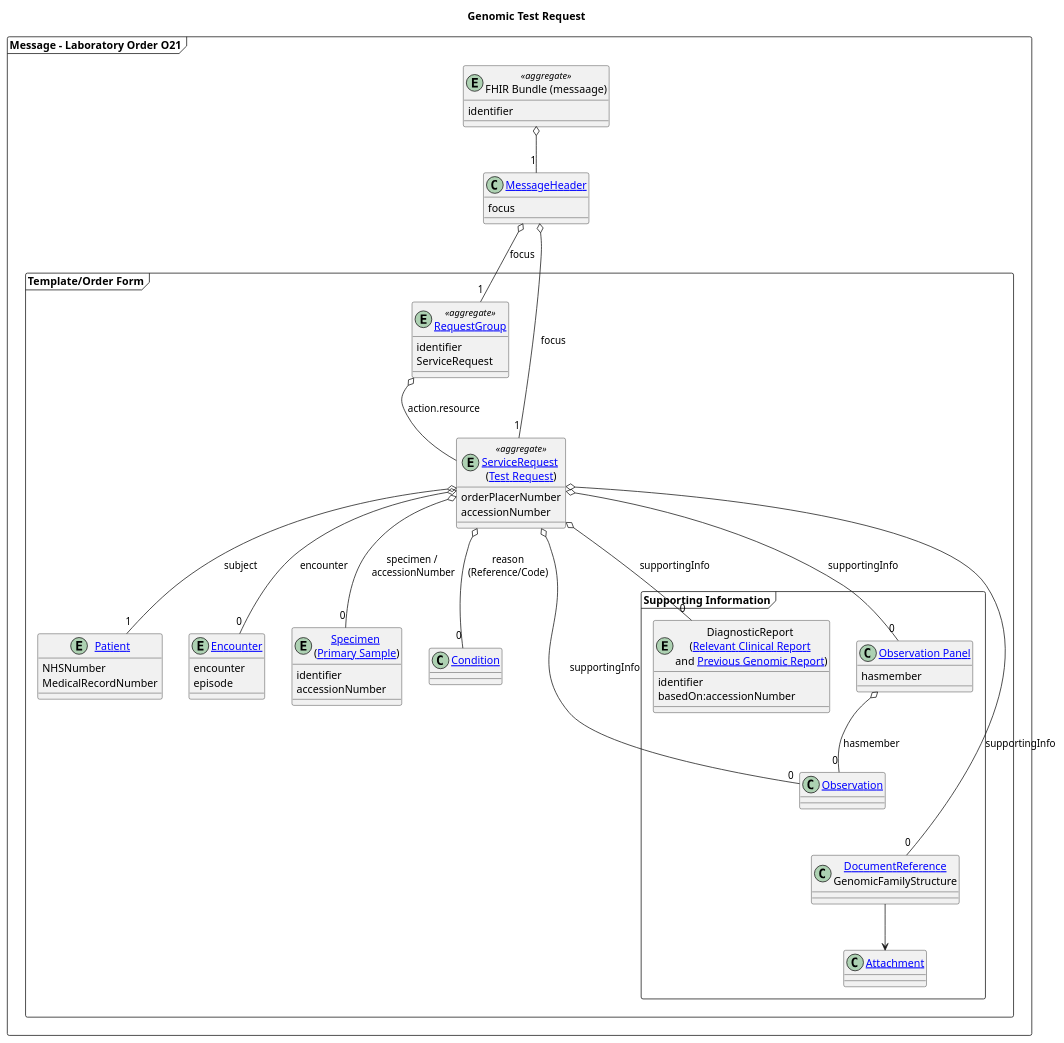
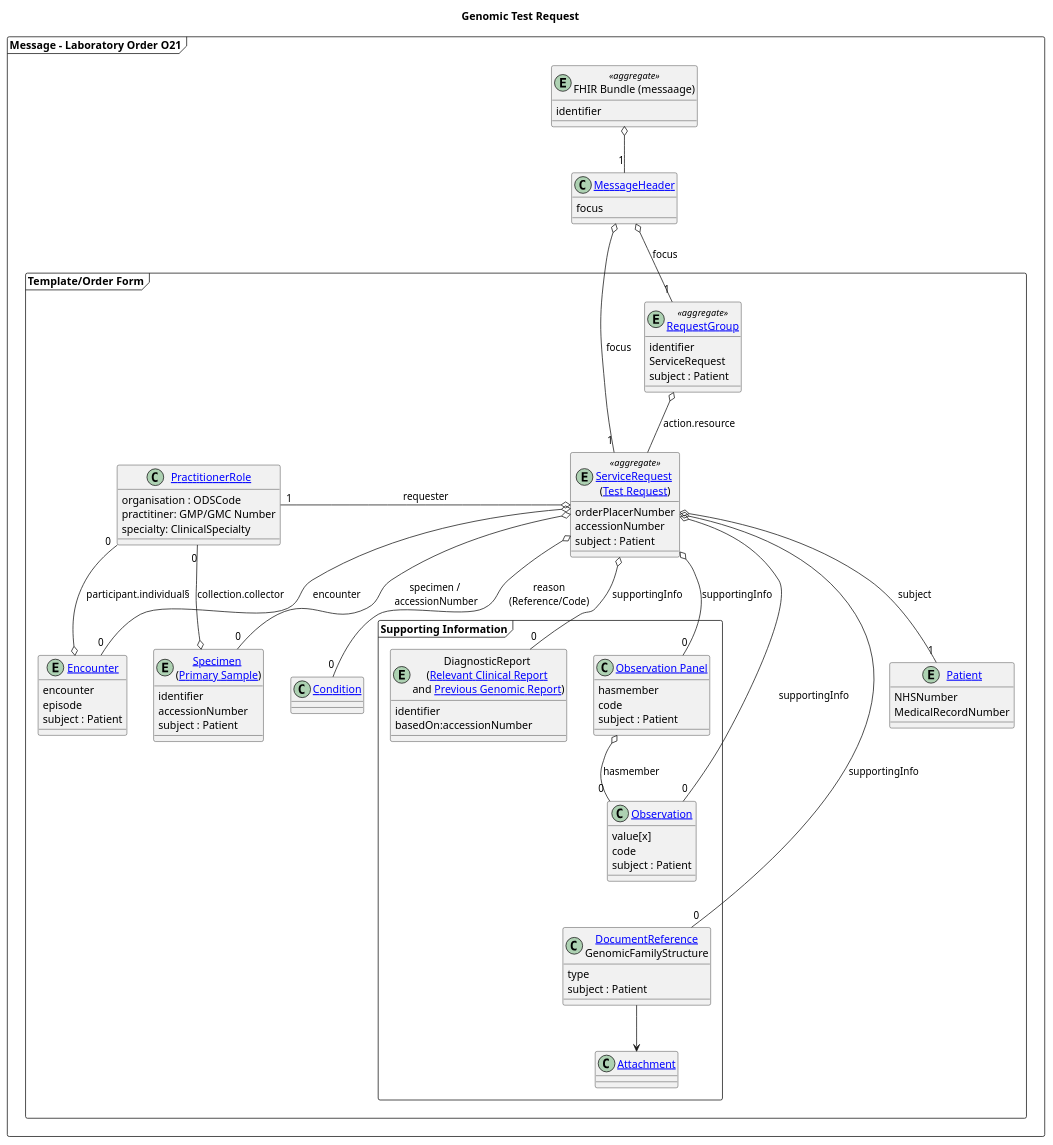
Before and after one commit to nw-gmsa/nw-gmsa.github.com: the diagram in input/images-source/orders-model.plantuml, drawn with PlantUML. The commit also changed 1 other file, not shown here.

Commit message:
Data Type tidy

```diff
--- a/input/images-source/orders-model.plantuml
+++ b/input/images-source/orders-model.plantuml
@@ -1,92 +1,110 @@
-@startuml
+  @startuml
 
-skinparam svgDimensionStyle false
+  skinparam svgDimensionStyle false
 
-title "Genomic Test Request"
+  title "Genomic Test Request"
 
-frame "Message - Laboratory Order O21" as Message {
-entity "FHIR Bundle (messaage)" as oml <<aggregate>> {
-identifier
-}
+  frame "Message - Laboratory Order O21" as Message {
+  entity "FHIR Bundle (messaage)" as oml <<aggregate>> {
+  identifier
+  }
 
-class "[[StructureDefinition-MessageHeader.html MessageHeader]]" as MSH {
- focus
-}
+  class "[[StructureDefinition-MessageHeader.html MessageHeader]]" as MSH {
+   focus
+  }
 
-  frame "Template/Order Form" as Composition {
-    entity "[[StructureDefinition-Patient.html Patient]]" as PID {
-    NHSNumber
-    MedicalRecordNumber
-    }
+    frame "Template/Order Form" as Composition {
+      entity "[[StructureDefinition-Patient.html Patient]]" as PID {
+      NHSNumber
+      MedicalRecordNumber
+      }
 
-    entity "[[StructureDefinition-Encounter.html Encounter]]" as PV1 {
-    encounter
-    episode
-    }
+      entity "[[StructureDefinition-Encounter.html Encounter]]" as PV1 {
+      encounter
+      episode
+      subject : Patient
+      }
 
-    entity "[[StructureDefinition-RequestGroup.html RequestGroup]]" as RequestGroup <<aggregate>> {
-    identifier
-    ServiceRequest
-    }
+      entity "[[StructureDefinition-RequestGroup.html RequestGroup]]" as RequestGroup <<aggregate>> {
+      identifier
+      ServiceRequest
+      subject : Patient
+      }
 
-    entity "[[StructureDefinition-ServiceRequest.html ServiceRequest]] \n([[https://simplifier.net/guide/fhir-genomics-implementation-guide/Home/Design/Clinicalheadings#Test-Request Test Request]])" as ORC <<aggregate>> {
-    orderPlacerNumber
-    accessionNumber
-    }
+      entity "[[StructureDefinition-ServiceRequest.html ServiceRequest]] \n([[https://simplifier.net/guide/fhir-genomics-implementation-guide/Home/Design/Clinicalheadings#Test-Request Test Request]])" as ORC <<aggregate>> {
+      orderPlacerNumber
+      accessionNumber
+      subject : Patient
+      }
 
-    entity "[[StructureDefinition-Specimen.html Specimen]] \n([[https://simplifier.net/guide/fhir-genomics-implementation-guide/Home/Design/Clinicalheadings#Primary-Sample Primary Sample]])" as SPM {
-    identifier
-    accessionNumber
-    }
+      entity "[[StructureDefinition-Specimen.html Specimen]] \n([[https://simplifier.net/guide/fhir-genomics-implementation-guide/Home/Design/Clinicalheadings#Primary-Sample Primary Sample]])" as SPM {
+      identifier
+      accessionNumber
+      subject : Patient
+      }
 
-    class "[[StructureDefinition-Condition.html Condition]]" as DG1
+      class "[[StructureDefinition-Condition.html Condition]]" as DG1
 
+      class "[[StructureDefinition-PractitionerRole.html PractitionerRole]]" as STF {
+       organisation : ODSCode
+       practitiner: GMP/GMC Number
+       specialty: ClinicalSpecialty
+      }
 
-    frame "Supporting Information" as supportingInfo {
+      frame "Supporting Information" as supportingInfo {
 
-    entity "DiagnosticReport \n([[https://simplifier.net/guide/fhir-genomics-implementation-guide/Home/Design/Clinicalheadings#Relevant-Clinical-Report Relevant Clinical Report]] \nand [[https://simplifier.net/guide/fhir-genomics-implementation-guide/Home/Design/Clinicalheadings#Previous-Genomic-Report Previous Genomic Report]])" as OBX {
-      identifier
-      basedOn:accessionNumber
-    }
-
-
-      class "[[StructureDefinition-Observation.html Observation]]" as OBX1 {
+      entity "DiagnosticReport \n([[https://simplifier.net/guide/fhir-genomics-implementation-guide/Home/Design/Clinicalheadings#Relevant-Clinical-Report Relevant Clinical Report]] \nand [[https://simplifier.net/guide/fhir-genomics-implementation-guide/Home/Design/Clinicalheadings#Previous-Genomic-Report Previous Genomic Report]])" as OBX {
+        identifier
+        basedOn:accessionNumber
       }
 
 
-      class "[[StructureDefinition-Observation-Panel.html Observation Panel]]" as panel {
-      hasmember
-      }
+        class "[[StructureDefinition-Observation.html Observation]]" as OBX1 {
+        value[x]
+        code
+        subject : Patient
+        }
 
-      class "[[StructureDefinition-DocumentReference.html DocumentReference]]\nGenomicFamilyStructure" as family {
+
+        class "[[StructureDefinition-Observation-Panel.html Observation Panel]]" as panel {
+        hasmember
+        code
+        subject : Patient
+        }
+
+        class "[[StructureDefinition-DocumentReference.html DocumentReference]]\nGenomicFamilyStructure" as family {
+           type
+           subject : Patient
+        }
+
+        class "[[StructureDefinition-Attachment.html Attachment]]" as OBX2
 
       }
 
-      class "[[StructureDefinition-Attachment.html Attachment]]" as OBX2
+      family -d-> OBX2
 
-    }
+      panel o-d- "0" OBX1: hasmember
 
-    family -d-> OBX2
+      OBX1 -d[hidden]- family
 
-    panel o-d- "0" OBX1: hasmember
+   }
+  }
 
-    OBX1 -d[hidden]- family
-
- }
-}
-
-oml o-d- "1" MSH
-MSH o-d- "1" ORC: focus
-MSH o-d- "1" RequestGroup: focus
-RequestGroup o-d- ORC: action.resource
-ORC o-- "0" SPM : specimen /\n accessionNumber
-ORC o-- "1" PID : subject
-ORC o-- "0" PV1 : encounter
-ORC o-- "0" DG1 : reason\n(Reference/Code)
-ORC o-- "0" OBX: supportingInfo
-ORC o-- "0" OBX1: supportingInfo
-ORC o-- "0" panel: supportingInfo
-ORC o-- "0" family: supportingInfo
+  oml o-d- "1" MSH
+  MSH o-d- "1" ORC: focus
+  MSH o-d- "1" RequestGroup: focus
+  RequestGroup o-d- ORC: action.resource
+  ORC o-- "0" SPM : specimen /\n accessionNumber
+  ORC o-- "1" PID : subject
+  ORC o-- "0" PV1 : encounter
+  ORC o-- "0" DG1 : reason\n(Reference/Code)
+  ORC o-- "0" OBX: supportingInfo
+  ORC o-- "0" OBX1: supportingInfo
+  ORC o-- "0" panel: supportingInfo
+  ORC o-- "0" family: supportingInfo
+  ORC o-l- "1" STF: requester
+  SPM o-u- "0" STF: collection.collector
+  PV1 o-u- "0" STF: participant.individual§
 
 
-@enduml
+  @enduml
```
